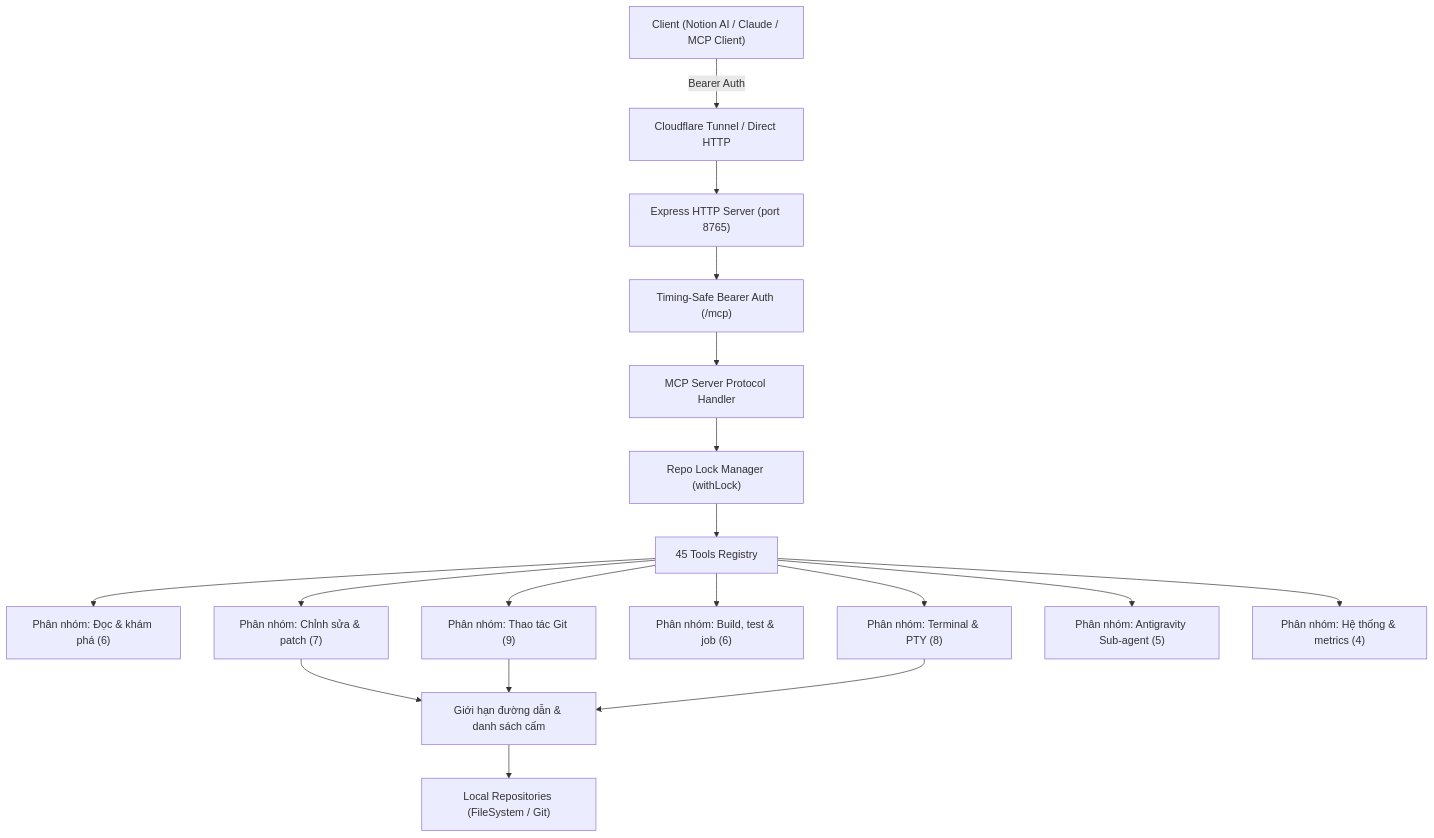
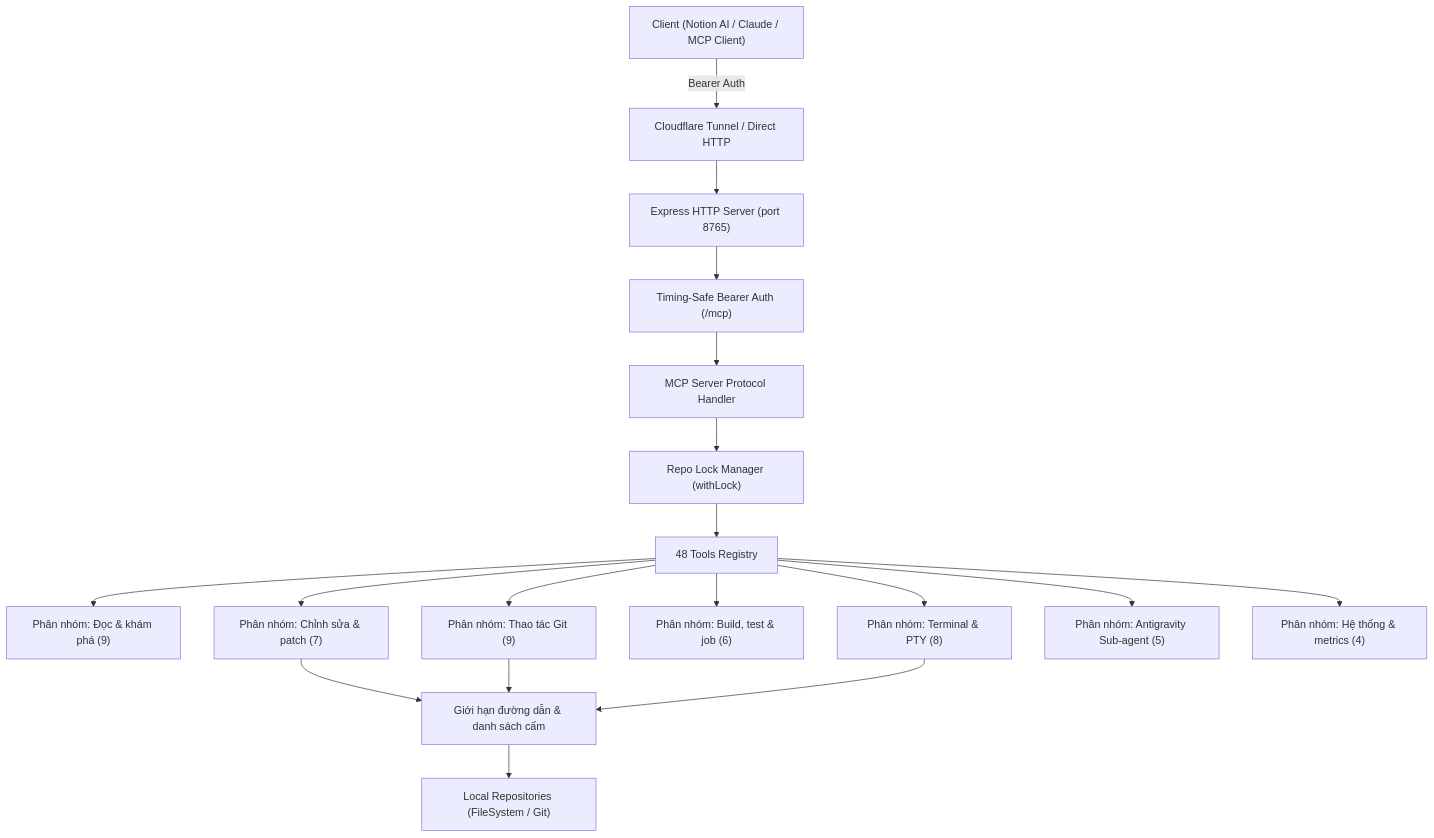
One commit to wavycastic/MCP-LOCAL-NOTION-AI changed the diagram in README.md. Above: the diagram before and after it, drawn with Mermaid. The commit also changed other lines of this file, not shown here.

````diff
--- a/README.md
+++ b/README.md
@@ -13,42 +13,42 @@
 ```mermaid
 flowchart TD
     Client["Client (Notion AI / Claude / MCP Client)"]
     Tunnel["Cloudflare Tunnel / Direct HTTP"]
     Express["Express HTTP Server (port 8765)"]
     Auth["Timing-Safe Bearer Auth (/mcp)"]
     MCP["MCP Server Protocol Handler"]
     
     SubGraphLocks["Repo Lock Manager (withLock)"]
     
-    SubGraphTools["45 Tools Registry"]
-    DiscoveryTools["Phân nhóm: Đọc & khám phá (6)"]
+    SubGraphTools["48 Tools Registry"]
+    DiscoveryTools["Phân nhóm: Đọc & khám phá (9)"]
     EditTools["Phân nhóm: Chỉnh sửa & patch (7)"]
     GitTools["Phân nhóm: Thao tác Git (9)"]
     BuildTools["Phân nhóm: Build, test & job (6)"]
     TermTools["Phân nhóm: Terminal & PTY (8)"]
     SubAgentTools["Phân nhóm: Antigravity Sub-agent (5)"]
     SysTools["Phân nhóm: Hệ thống & metrics (4)"]
 
     Security["Giới hạn đường dẫn & danh sách cấm"]
     LocalRepos["Local Repositories (FileSystem / Git)"]
 
     Client -->|Bearer Auth| Tunnel
     Tunnel --> Express
     Express --> Auth
     Auth --> MCP
     MCP --> SubGraphLocks
     SubGraphLocks --> SubGraphTools
     
     SubGraphTools --> DiscoveryTools
     SubGraphTools --> EditTools
     SubGraphTools --> GitTools
     SubGraphTools --> BuildTools
     SubGraphTools --> TermTools
     SubGraphTools --> SubAgentTools
     SubGraphTools --> SysTools
 
     EditTools --> Security
     GitTools --> Security
     TermTools --> Security
     Security --> LocalRepos
 ```
````
